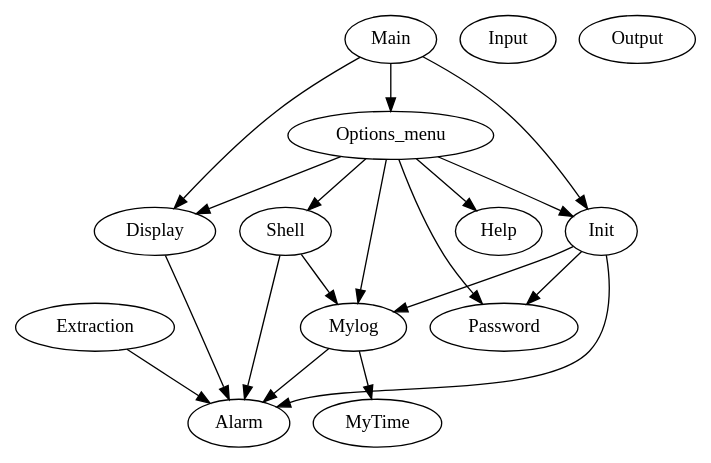
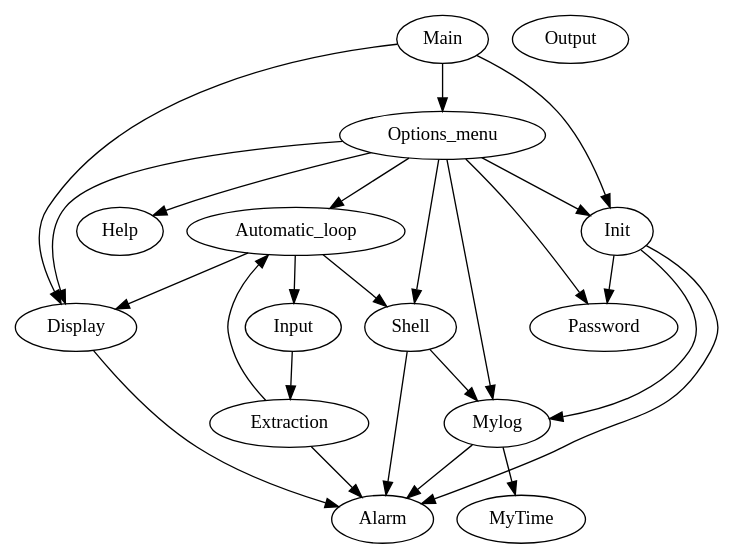
The diagram in graph/graph.gv (open-fire-alarm/open-fire-alarm), drawn with Graphviz before and after one commit.

Commit message:
mise a jour du graph

```diff
--- a/graph/graph.gv
+++ b/graph/graph.gv
@@ -1,24 +1,27 @@
 digraph G
 {
 	Alarm;
+	Automatic_loop;
 	Display;
 	Extraction;
 	Help;
 	Init;
 	Input;
 	Main;
 	Mylog;
 	MyTime;
 	Options_menu;
 	Output;
 	Password;
 	Shell;
 
+	Automatic_loop -> {Shell; Display; Input;}
 	Display -> Alarm;
-	Extraction -> Alarm;
+	Extraction -> {Alarm; Automatic_loop;}
 	Init -> {Alarm; Password; Mylog;}
+	Input -> Extraction
 	Main -> {Init; Display; Options_menu;}
 	Mylog -> {MyTime; Alarm;}
-	Options_menu -> {Password; Shell; Display; Init; Mylog; Help;}
+	Options_menu -> {Password; Shell; Display; Automatic_loop; Init; Mylog; Help;}
 	Shell -> {Alarm; Mylog;}
 }
```
